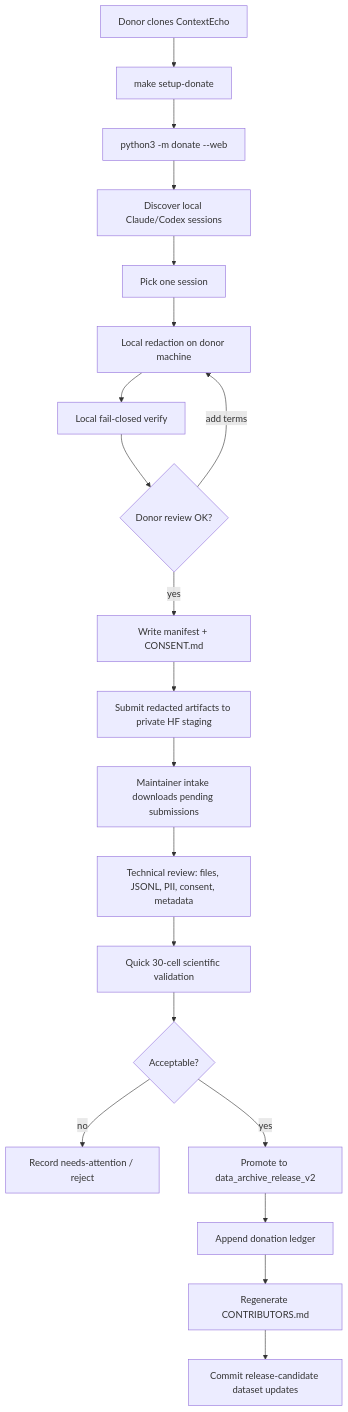
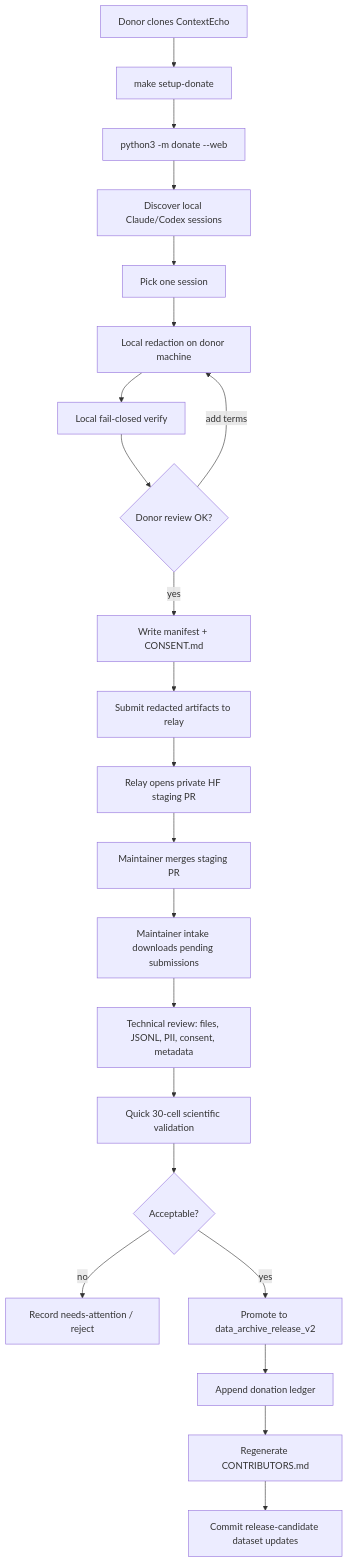
One commit to Accenture/ContextEcho changed the diagram in MAINTAINER_DONATION_WORKFLOW.md. Above: the diagram before and after it, drawn with Mermaid. The commit also changed other lines of this file and 6 other files, not shown here.

Commit message:
Add server-side donation relay

````diff
--- a/MAINTAINER_DONATION_WORKFLOW.md
+++ b/MAINTAINER_DONATION_WORKFLOW.md
@@ -9,22 +9,24 @@
 ```mermaid
 flowchart TD
   A[Donor clones ContextEcho] --> B[make setup-donate]
   B --> C[python3 -m donate --web]
   C --> D[Discover local Claude/Codex sessions]
   D --> E[Pick one session]
   E --> F[Local redaction on donor machine]
   F --> G[Local fail-closed verify]
   G --> H{Donor review OK?}
   H -- add terms --> F
   H -- yes --> I[Write manifest + CONSENT.md]
-  I --> J[Submit redacted artifacts to private HF staging]
-  J --> K[Maintainer intake downloads pending submissions]
-  K --> L[Technical review: files, JSONL, PII, consent, metadata]
-  L --> M[Quick 30-cell scientific validation]
-  M --> N{Acceptable?}
-  N -- no --> O[Record needs-attention / reject]
-  N -- yes --> P[Promote to data_archive_release_v2]
-  P --> Q[Append donation ledger]
-  Q --> R[Regenerate CONTRIBUTORS.md]
-  R --> S[Commit release-candidate dataset updates]
+  I --> J[Submit redacted artifacts to relay]
+  J --> K[Relay opens private HF staging PR]
+  K --> L[Maintainer merges staging PR]
+  L --> M[Maintainer intake downloads pending submissions]
+  M --> N[Technical review: files, JSONL, PII, consent, metadata]
+  N --> O[Quick 30-cell scientific validation]
+  O --> P{Acceptable?}
+  P -- no --> Q[Record needs-attention / reject]
+  P -- yes --> R[Promote to data_archive_release_v2]
+  R --> S[Append donation ledger]
+  S --> T[Regenerate CONTRIBUTORS.md]
+  T --> U[Commit release-candidate dataset updates]
 ```
````
